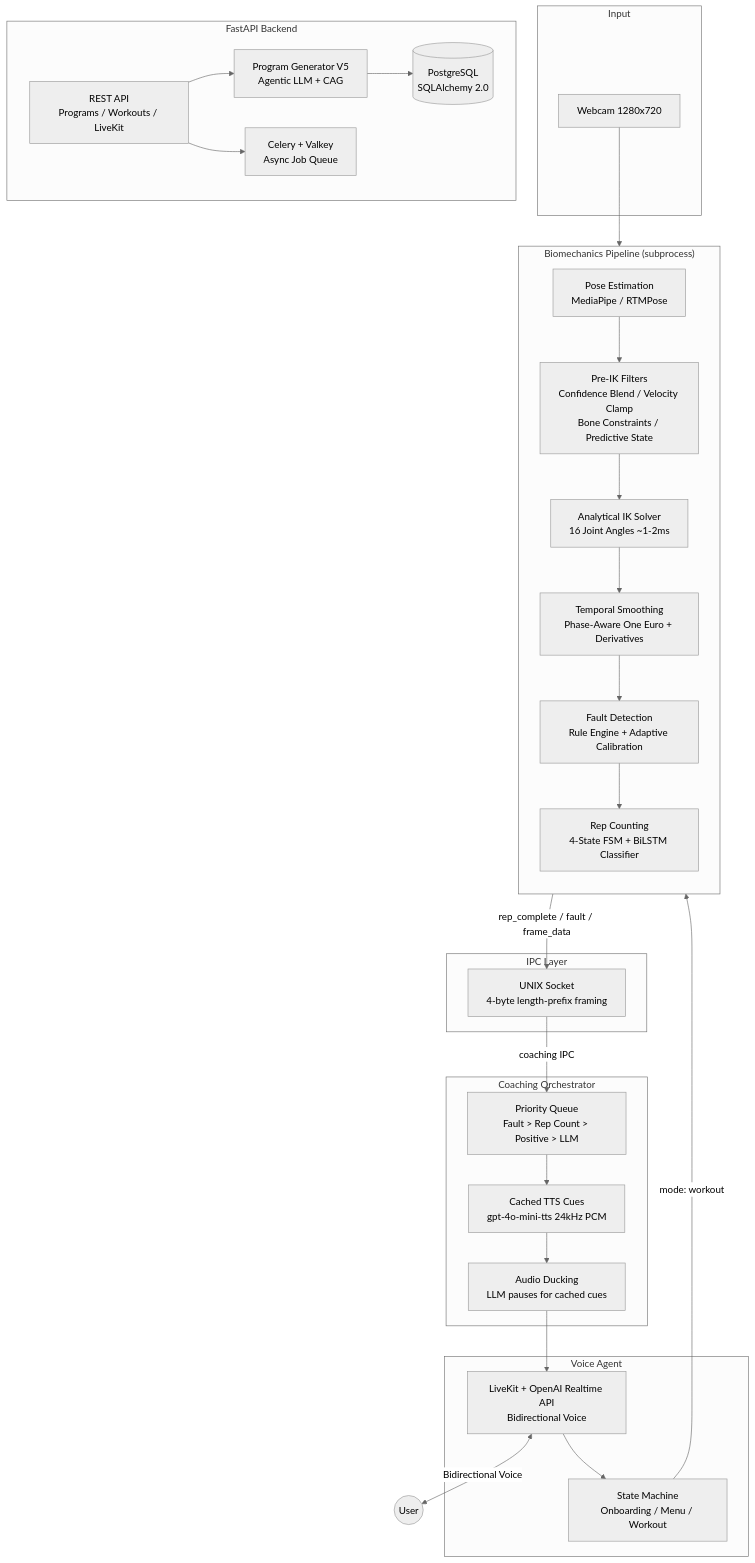
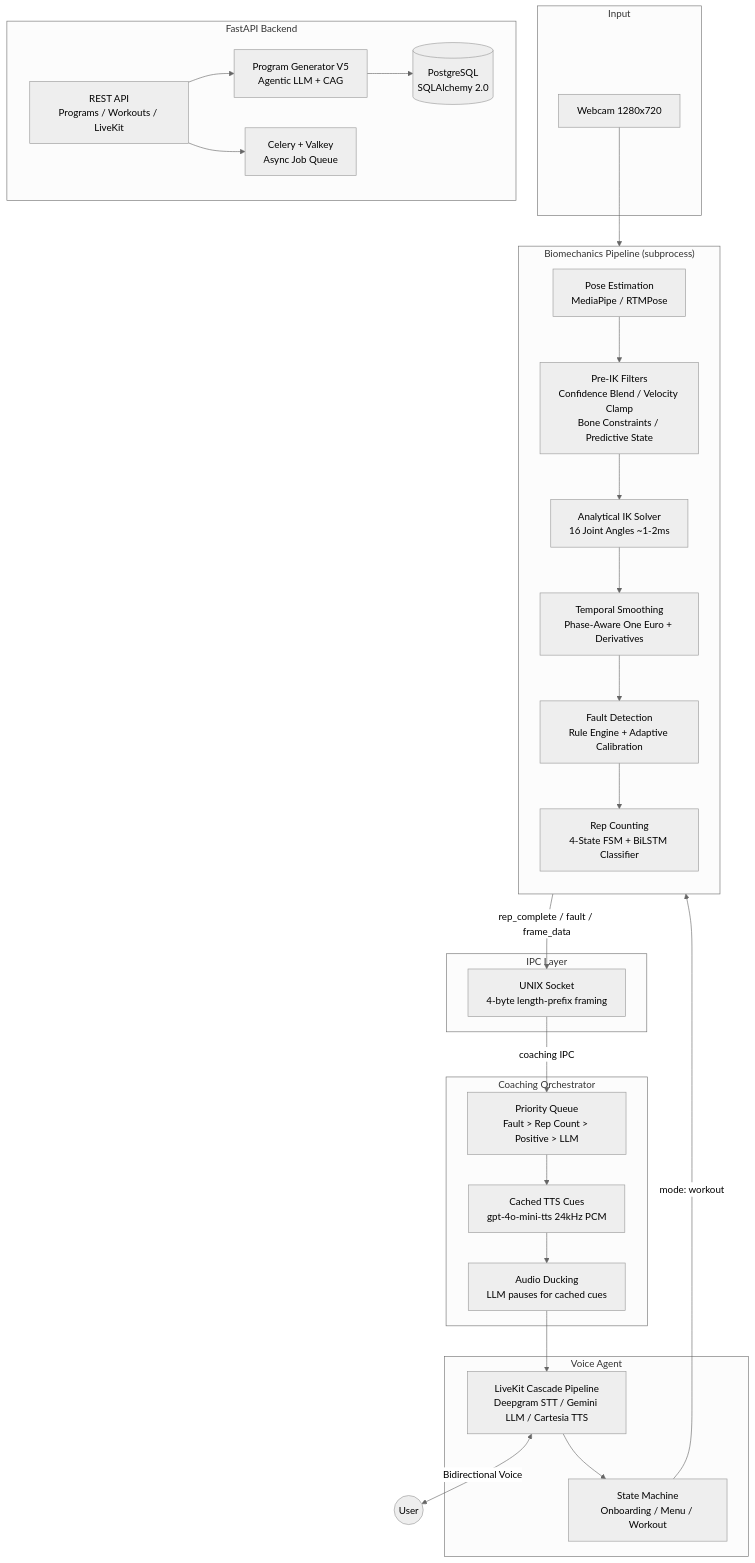
One commit to Ambaks/NowvaLiveKit changed the diagram in README.md. Above: the diagram before and after it, drawn with Mermaid (neutral theme). The commit also changed other lines of this file and 7 other files, not shown here.

````diff
--- a/README.md
+++ b/README.md
@@ -65,51 +66,51 @@
 ```mermaid
 graph TB
     subgraph Input
         CAM[Webcam 1280x720]
     end
 
     subgraph biomechanics ["Biomechanics Pipeline (subprocess)"]
         direction TB
         PE[Pose Estimation<br/>MediaPipe / RTMPose]
         PRE[Pre-IK Filters<br/>Confidence Blend / Velocity Clamp<br/>Bone Constraints / Predictive State]
         IK[Analytical IK Solver<br/>16 Joint Angles ~1-2ms]
         TS[Temporal Smoothing<br/>Phase-Aware One Euro + Derivatives]
         FD[Fault Detection<br/>Rule Engine + Adaptive Calibration]
         RC[Rep Counting<br/>4-State FSM + BiLSTM Classifier]
 
         PE --> PRE --> IK --> TS --> FD --> RC
     end
 
     subgraph ipc ["IPC Layer"]
         IPC1[UNIX Socket<br/>4-byte length-prefix framing]
     end
 
     subgraph coaching ["Coaching Orchestrator"]
         PQ[Priority Queue<br/>Fault > Rep Count > Positive > LLM]
         CC[Cached TTS Cues<br/>gpt-4o-mini-tts 24kHz PCM]
         DUCK[Audio Ducking<br/>LLM pauses for cached cues]
     end
 
     subgraph voice ["Voice Agent"]
-        VA[LiveKit + OpenAI Realtime API<br/>Bidirectional Voice]
+        VA[LiveKit Cascade Pipeline<br/>Deepgram STT / Gemini LLM / Cartesia TTS]
         SM[State Machine<br/>Onboarding / Menu / Workout]
     end
 
     subgraph backend ["FastAPI Backend"]
         API[REST API<br/>Programs / Workouts / LiveKit]
         PG[Program Generator V5<br/>Agentic LLM + CAG]
         DB[(PostgreSQL<br/>SQLAlchemy 2.0)]
         TQ[Celery + Valkey<br/>Async Job Queue]
     end
 
     CAM --> PE
     RC -->|rep_complete / fault / frame_data| IPC1
     IPC1 -->|coaching IPC| PQ
     PQ --> CC --> DUCK
     DUCK --> VA
     VA <-->|Bidirectional Voice| USER((User))
     VA --> SM
     SM -->|mode: workout| biomechanics
     API --> PG --> DB
     API --> TQ
 ```
````
